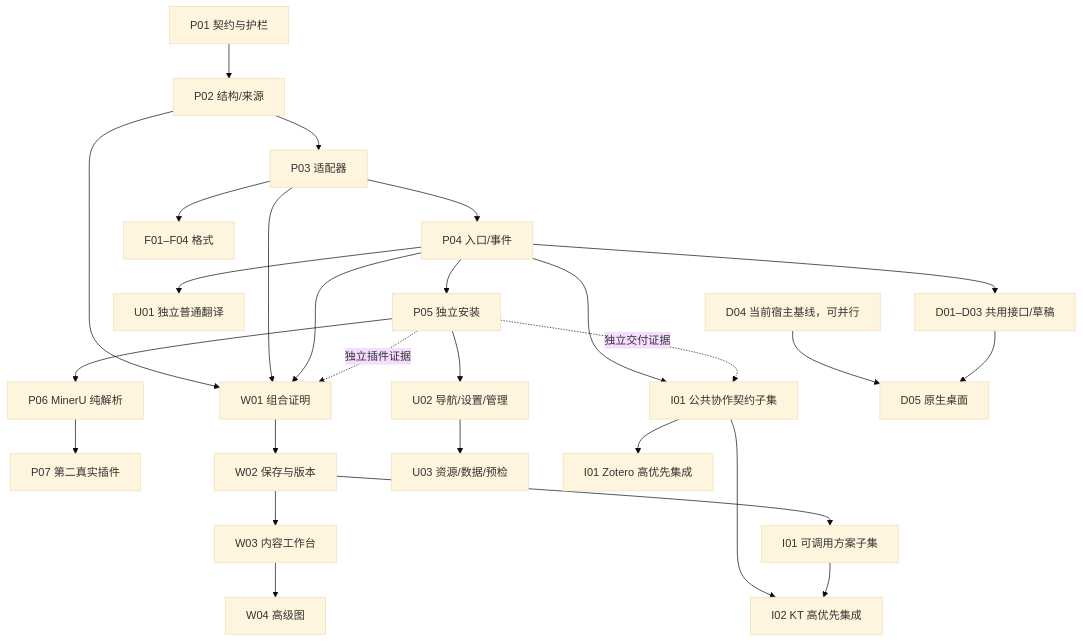
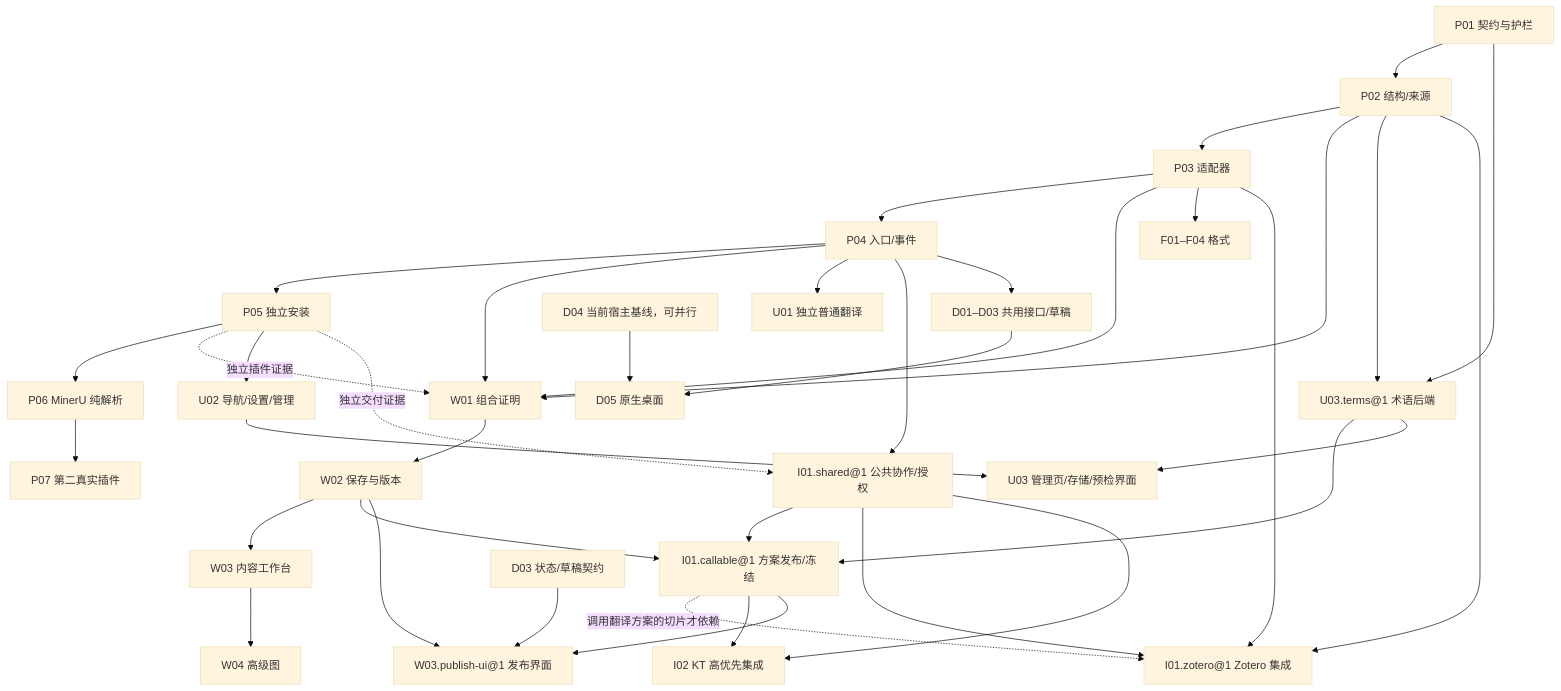
The diagram in docs/plan/0.1.x/README.md (KongouAirlines/ivoraige), drawn with Mermaid (base theme) before and after one commit. The commit also changed other lines of this file and 11 other files, not shown here.

````diff
--- a/docs/plan/0.1.x/README.md
+++ b/docs/plan/0.1.x/README.md
@@ -28,29 +28,40 @@
 ```mermaid
 flowchart TD
   P01["P01 契约与护栏"] --> P02["P02 结构/来源"]
   P02 --> P03["P03 适配器"]
   P03 --> P04["P04 入口/事件"]
   P04 --> P05["P05 独立安装"]
   P05 --> P06["P06 MinerU 纯解析"]
   P06 --> P07["P07 第二真实插件"]
   P02 --> W01["W01 组合证明"]
   P03 --> W01
   P04 --> W01
   P05 -. "独立插件证据" .-> W01
   W01 --> W02["W02 保存与版本"]
   W02 --> W03["W03 内容工作台"]
   W03 --> W04["W04 高级图"]
   P04 --> U01["U01 独立普通翻译"]
   P05 --> U02["U02 导航/设置/管理"]
-  U02 --> U03["U03 资源/数据/预检"]
+  U02 --> U03["U03 管理页/存储/预检界面"]
   P03 --> Formats["F01–F04 格式"]
-  P04 --> SharedAPI["I01 公共协作契约子集"]
-  W02 --> Callable["I01 可调用方案子集"]
-  SharedAPI --> I01["I01 Zotero 高优先集成"]
+  P04 --> SharedAPI["I01.shared@1 公共协作/授权"]
+  SharedAPI --> Callable["I01.callable@1 方案发布/冻结"]
+  W02 --> Callable
+  P01 --> Terms["U03.terms@1 术语后端"]
+  P02 --> Terms
+  Terms --> Callable
+  Terms --> U03
+  SharedAPI --> Zotero["I01.zotero@1 Zotero 集成"]
+  P02 --> Zotero
+  P03 --> Zotero
+  Callable -. "调用翻译方案的切片才依赖" .-> Zotero
   SharedAPI --> I02["I02 KT 高优先集成"]
   Callable --> I02
+  Callable --> PublishUI["W03.publish-ui@1 发布界面"]
+  W02 --> PublishUI
+  D03["D03 状态/草稿契约"] --> PublishUI
   P05 -. "独立交付证据" .-> SharedAPI
   D04["D04 当前宿主基线，可并行"] --> D05["D05 原生桌面"]
   P04 --> Desktop["D01–D03 共用接口/草稿"]
   Desktop --> D05
 ```
````
